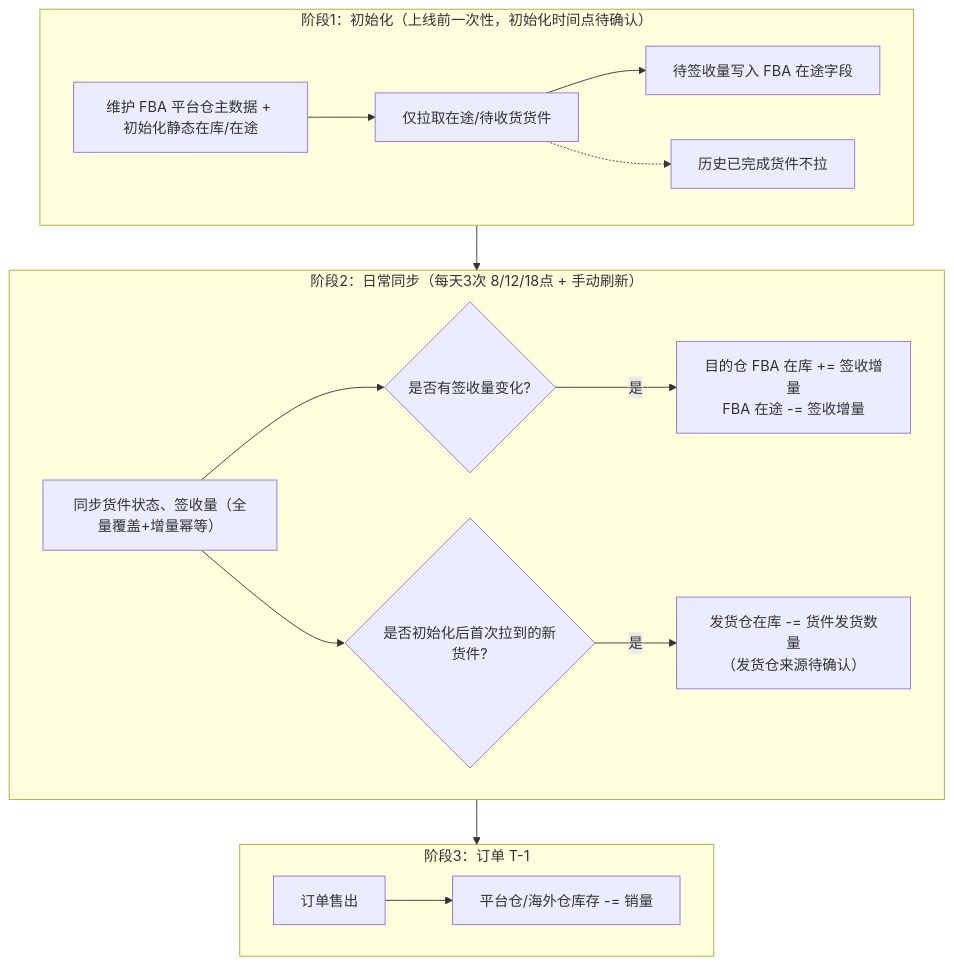
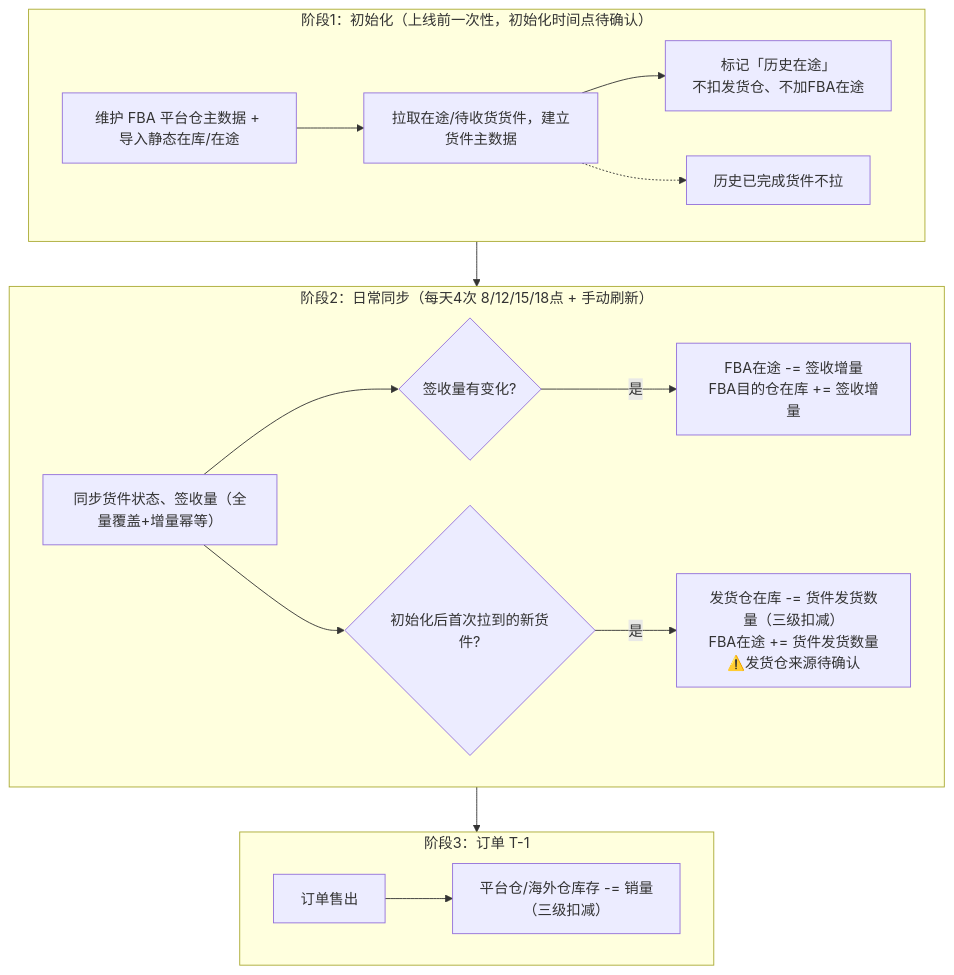
Before and after one commit to heiquanrenheiquanren-lab/Middle-Platform-Pages: the second of 3 diagrams in PRD/领星FBA货件对接PRD.md, drawn with Mermaid. The commit also changed other lines of this file and 1 other file, not shown here.

````diff
--- a/PRD/领星FBA货件对接PRD.md
+++ b/PRD/领星FBA货件对接PRD.md
@@ -213,32 +231,32 @@
 ```mermaid
 flowchart TD
     subgraph INIT["阶段1：初始化（上线前一次性，初始化时间点待确认）"]
-        I1["维护 FBA 平台仓主数据 + 初始化静态在库/在途"]
-        I2["仅拉取在途/待收货货件"]
-        I3["待签收量写入 FBA 在途字段"]
+        I1["维护 FBA 平台仓主数据 + 导入静态在库/在途"]
+        I2["拉取在途/待收货货件，建立货件主数据"]
+        I3["标记「历史在途」<br/>不扣发货仓、不加FBA在途"]
         I4["历史已完成货件不拉"]
         I1 --> I2 --> I3
         I2 -.-> I4
     end
 
-    subgraph SYNC["阶段2：日常同步（每天3次 8/12/18点 + 手动刷新）"]
+    subgraph SYNC["阶段2：日常同步（每天4次 8/12/15/18点 + 手动刷新）"]
         S1["同步货件状态、签收量（全量覆盖+增量幂等）"]
-        S2{"是否有签收量变化?"}
-        S3["目的仓 FBA 在库 += 签收增量<br/>FBA 在途 -= 签收增量"]
-        S4{"是否初始化后首次拉到的新货件?"}
-        S5["发货仓在库 -= 货件发货数量<br/>（发货仓来源待确认）"]
+        S2{"签收量有变化?"}
+        S3["FBA在途 -= 签收增量<br/>FBA目的仓在库 += 签收增量"]
+        S4{"初始化后首次拉到的新货件?"}
+        S5["发货仓在库 -= 货件发货数量（三级扣减）<br/>FBA在途 += 货件发货数量<br/>⚠️发货仓来源待确认"]
         S1 --> S2
         S2 -- 是 --> S3
         S1 --> S4
         S4 -- 是 --> S5
     end
 
     subgraph ORDER["阶段3：订单 T-1"]
         O1["订单售出"]
-        O2["平台仓/海外仓库存 -= 销量"]
+        O2["平台仓/海外仓库存 -= 销量<br/>（三级扣减）"]
         O1 --> O2
     end
 
     INIT --> SYNC
     SYNC --> ORDER
 ```
````
